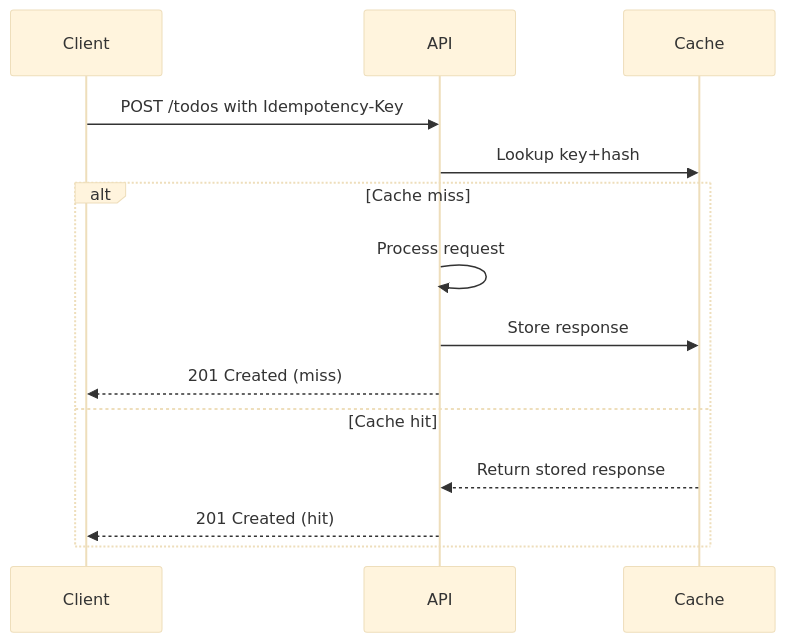
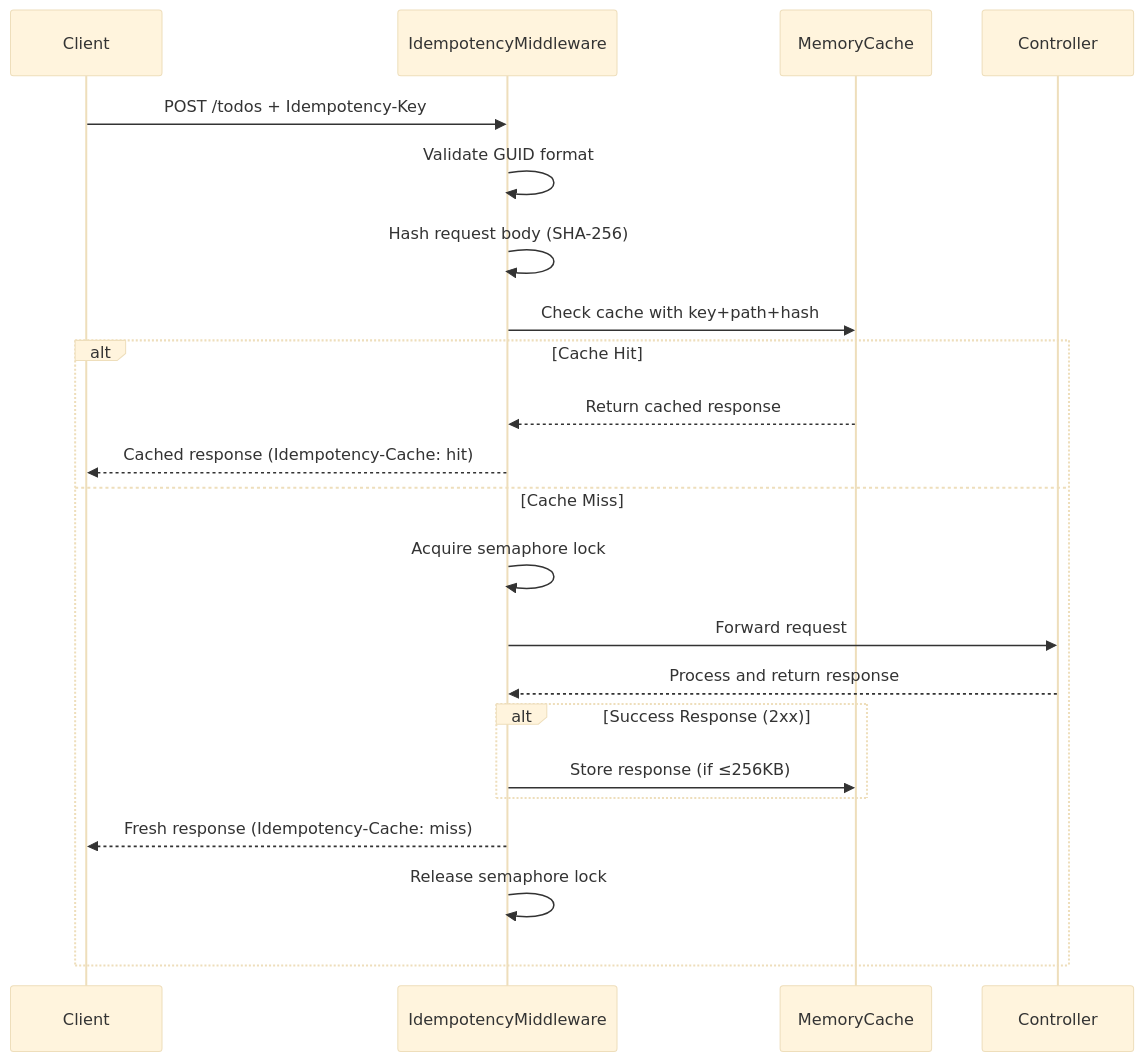
The third of 3 diagrams in README.md (debdevops/aspnetbestpractices), drawn with Mermaid (base theme) before and after one commit. The commit also changed other lines of this file, not shown here.

````diff
--- a/README.md
+++ b/README.md
@@ -110,17 +200,26 @@
 ```mermaid
 sequenceDiagram
-  participant Client
-  participant API
-  participant Cache
+    participant C as Client
+    participant M as IdempotencyMiddleware
+    participant Cache as MemoryCache
+    participant API as Controller
 
-  Client->>API: POST /todos with Idempotency-Key
-  API->>Cache: Lookup key+hash
-  alt Cache miss
-    API->>API: Process request
-    API->>Cache: Store response
-    API-->>Client: 201 Created (miss)
-  else Cache hit
-    Cache-->>API: Return stored response
-    API-->>Client: 201 Created (hit)
-  end
+    C->>M: POST /todos + Idempotency-Key
+    M->>M: Validate GUID format
+    M->>M: Hash request body (SHA-256)
+    M->>Cache: Check cache with key+path+hash
+    
+    alt Cache Hit
+        Cache-->>M: Return cached response
+        M-->>C: Cached response (Idempotency-Cache: hit)
+    else Cache Miss
+        M->>M: Acquire semaphore lock
+        M->>API: Forward request
+        API-->>M: Process and return response
+        alt Success Response (2xx)
+            M->>Cache: Store response (if ≤256KB)
+        end
+        M-->>C: Fresh response (Idempotency-Cache: miss)
+        M->>M: Release semaphore lock
+    end
 ```
````
